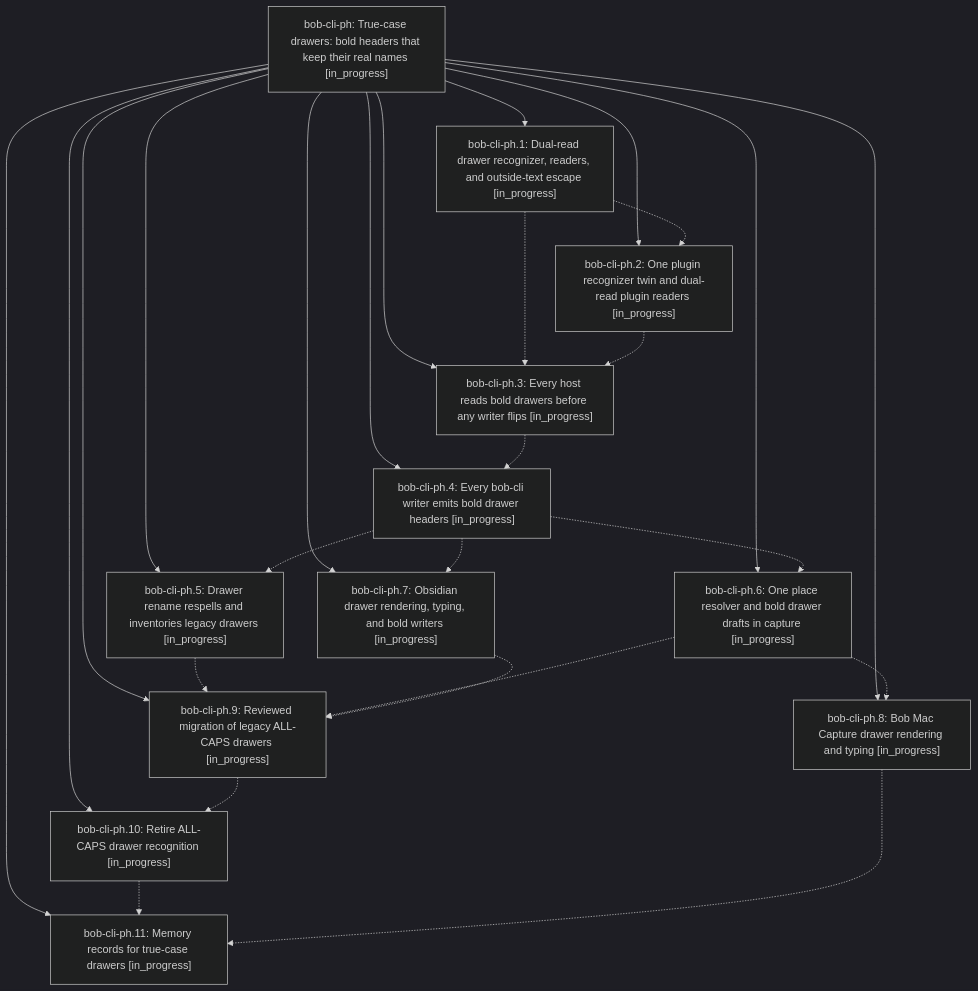
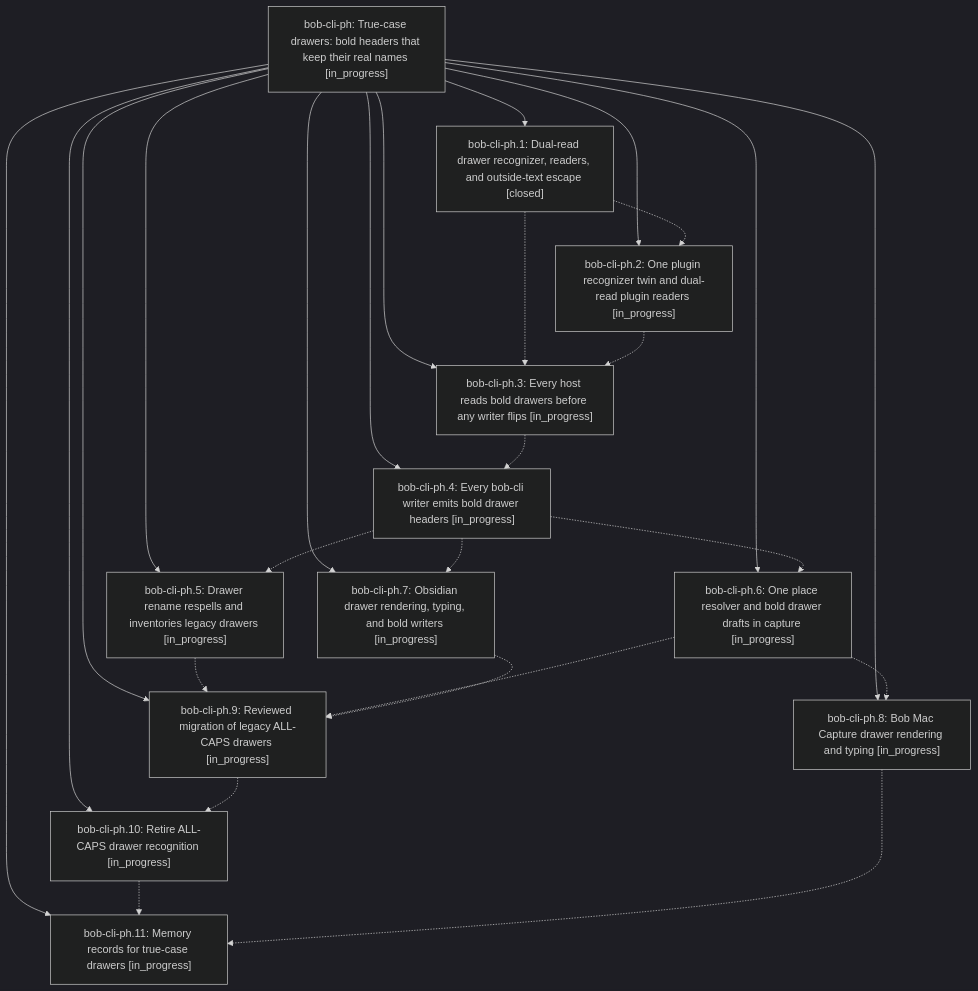
The diagram in pages/bob-cli-ph/README.md (bobs-org/bob-cli--beads), drawn with Mermaid (dark theme) before and after one commit. The commit also changed other lines of this file and 5 other files, not shown here.

First line of the commit message:
chore(beads): sync bead state and pages for bob-cli-ph

````diff
--- a/pages/bob-cli-ph/README.md
+++ b/pages/bob-cli-ph/README.md
@@ -46,40 +52,40 @@
 ```mermaid
 flowchart TD
     n0["bob-cli-ph: True-case drawers: bold headers that keep their real names [in_progress]"]
-    n1["bob-cli-ph.1: Dual-read drawer recognizer, readers, and outside-text escape [in_progress]"]
+    n1["bob-cli-ph.1: Dual-read drawer recognizer, readers, and outside-text escape [closed]"]
     n2["bob-cli-ph.10: Retire ALL-CAPS drawer recognition [in_progress]"]
     n3["bob-cli-ph.11: Memory records for true-case drawers [in_progress]"]
     n4["bob-cli-ph.2: One plugin recognizer twin and dual-read plugin readers [in_progress]"]
     n5["bob-cli-ph.3: Every host reads bold drawers before any writer flips [in_progress]"]
     n6["bob-cli-ph.4: Every bob-cli writer emits bold drawer headers [in_progress]"]
     n7["bob-cli-ph.5: Drawer rename respells and inventories legacy drawers [in_progress]"]
     n8["bob-cli-ph.6: One place resolver and bold drawer drafts in capture [in_progress]"]
     n9["bob-cli-ph.7: Obsidian drawer rendering, typing, and bold writers [in_progress]"]
     n10["bob-cli-ph.8: Bob Mac Capture drawer rendering and typing [in_progress]"]
     n11["bob-cli-ph.9: Reviewed migration of legacy ALL-CAPS drawers [in_progress]"]
     n0 --> n1
     n0 --> n2
     n0 --> n3
     n0 --> n4
     n0 --> n5
     n0 --> n6
     n0 --> n7
     n0 --> n8
     n0 --> n9
     n0 --> n10
     n0 --> n11
     n1 -.-> n4
     n1 -.-> n5
     n2 -.-> n3
     n4 -.-> n5
     n5 -.-> n6
     n6 -.-> n7
     n6 -.-> n8
     n6 -.-> n9
     n7 -.-> n11
     n8 -.-> n10
     n8 -.-> n11
     n9 -.-> n11
     n10 -.-> n3
     n11 -.-> n2
 ```
````
